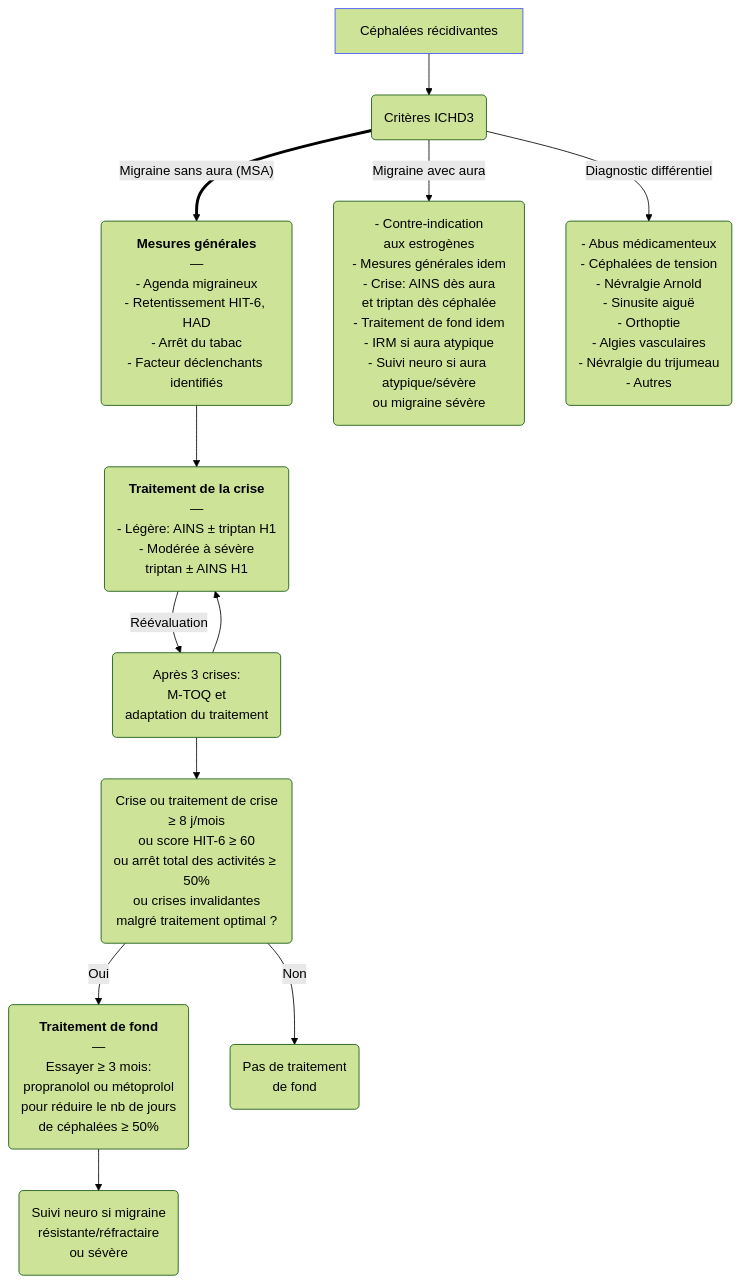
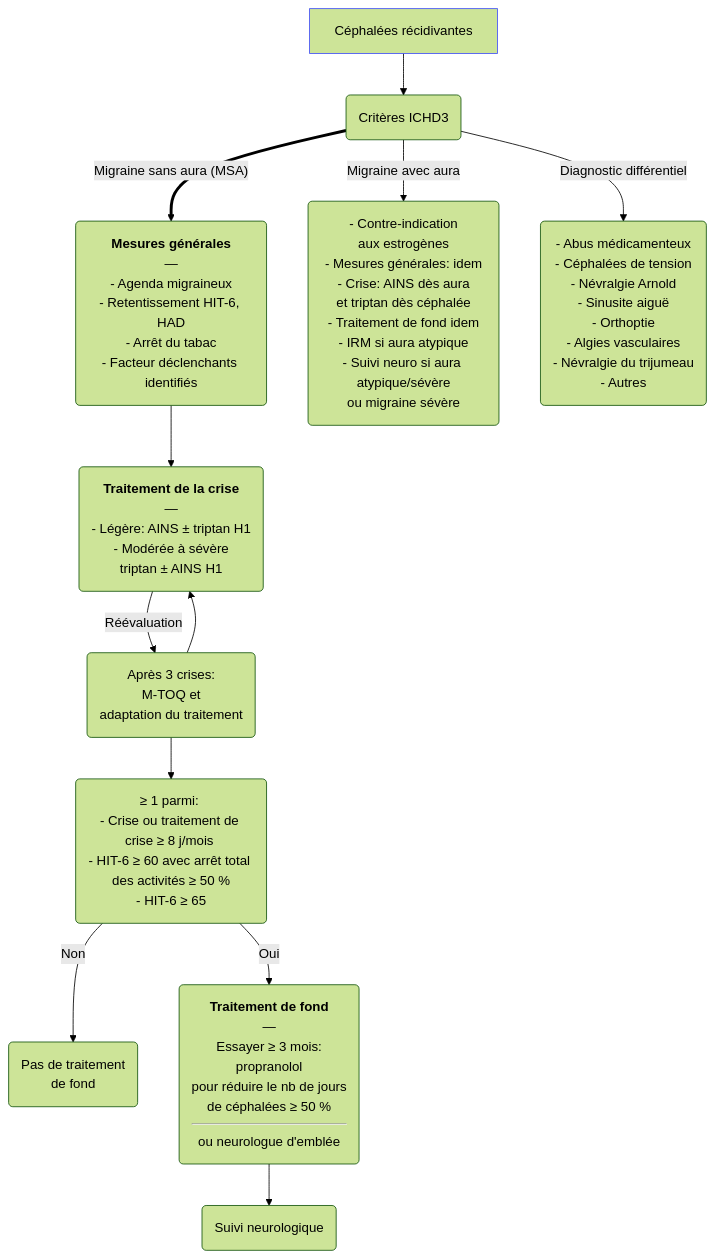
One commit to djibe/recommandations-medicales changed the diagram in content/recommandations/migraine.md. Above: the diagram before and after it, drawn with Mermaid (forest theme). The commit also changed other lines of this file, not shown here.

```diff
--- a/content/recommandations/migraine.md
+++ b/content/recommandations/migraine.md
@@ -547,12 +600,12 @@
 {{< mermaid title="Prise en charge de la migraine par le médecin généraliste. Dr JB Fron d'après SFEMC" >}}
 graph TB
   céphalées[Céphalées récidivantes] --> ichd3(Critères ICHD3)
   style céphalées stroke:#4150f5, stroke-width:1px
-    ichd3 == "Migraine sans aura (MSA)" ==> generales("<strong>Mesures générales</strong><br>—<br>- Agenda migraineux<br>- Retentissement HIT-6, HAD<br>- Arrêt du tabac<br>- Facteur déclenchants identifiés")
-      generales --> crise("<strong>Traitement de la crise</strong><br>—<br>- Légère: AINS ± triptan H1<br>- Modérée à sévère<br>triptan ± AINS H1")
+    ichd3 == "Migraine sans aura (MSA)" ==> générales("<strong>Mesures générales</strong><br>—<br>- Agenda migraineux<br>- Retentissement HIT-6, HAD<br>- Arrêt du tabac<br>- Facteur déclenchants identifiés")
+      générales --> crise("<strong>Traitement de la crise</strong><br>—<br>- Légère: AINS ± triptan H1<br>- Modérée à sévère<br>triptan ± AINS H1")
       crise -- Réévaluation --> reevaluation("Après 3 crises:<br>M-TOQ et<br>adaptation du traitement") --> crise
-      reevaluation --> chronique("Crise ou traitement de crise<br>≥ 8 j/mois<br>ou score HIT-6 ≥ 60<br>ou arrêt total des activités ≥ 50%<br>ou crises invalidantes<br>malgré traitement optimal ?") -- Oui --> fond("<strong>Traitement de fond</strong><br>—<br>Essayer ≥ 3 mois:<br>propranolol ou métoprolol<br>pour réduire le nb de jours<br>de céphalées ≥ 50%") --> neuro("Suivi neuro si migraine<br>résistante/réfractaire<br>ou sévère")
-        chronique -- Non --> pasFond(Pas de traitement<br>de fond)
-    ichd3 -- Migraine avec aura --> aura("- Contre-indication<br>aux estrogènes<br>- Mesures générales idem<br>- Crise: AINS dès aura<br>et triptan dès céphalée<br>- Traitement de fond idem<br>- IRM si aura atypique<br>- Suivi neuro si aura atypique/sévère<br>ou migraine sévère")
+      reevaluation --> chronique("≥ 1 parmi: <br>- Crise ou traitement de crise ≥ 8 j/mois <br>- HIT-6 ≥ 60 avec arrêt total des activités ≥ 50 %<br>- HIT-6 ≥ 65") -- Non --> pasFond(Pas de traitement<br>de fond)
+        chronique -- Oui --> fond("<strong>Traitement de fond</strong><br>—<br>Essayer ≥ 3 mois:<br>propranolol <br>pour réduire le nb de jours<br>de céphalées ≥ 50 %<hr>ou neurologue d'emblée") --> neuro("Suivi neurologique")
+    ichd3 -- Migraine avec aura --> aura("- Contre-indication<br>aux estrogènes<br>- Mesures générales: idem<br>- Crise: AINS dès aura<br>et triptan dès céphalée<br>- Traitement de fond idem<br>- IRM si aura atypique<br>- Suivi neuro si aura atypique/sévère<br>ou migraine sévère")
     ichd3 -- Diagnostic différentiel --> differentiel("- Abus médicamenteux<br>- Céphalées de tension<br>- Névralgie Arnold<br>- Sinusite aiguë<br>- Orthoptie<br>- Algies vasculaires<br>- Névralgie du trijumeau<br>- Autres")
 {{< /mermaid >}}
```
